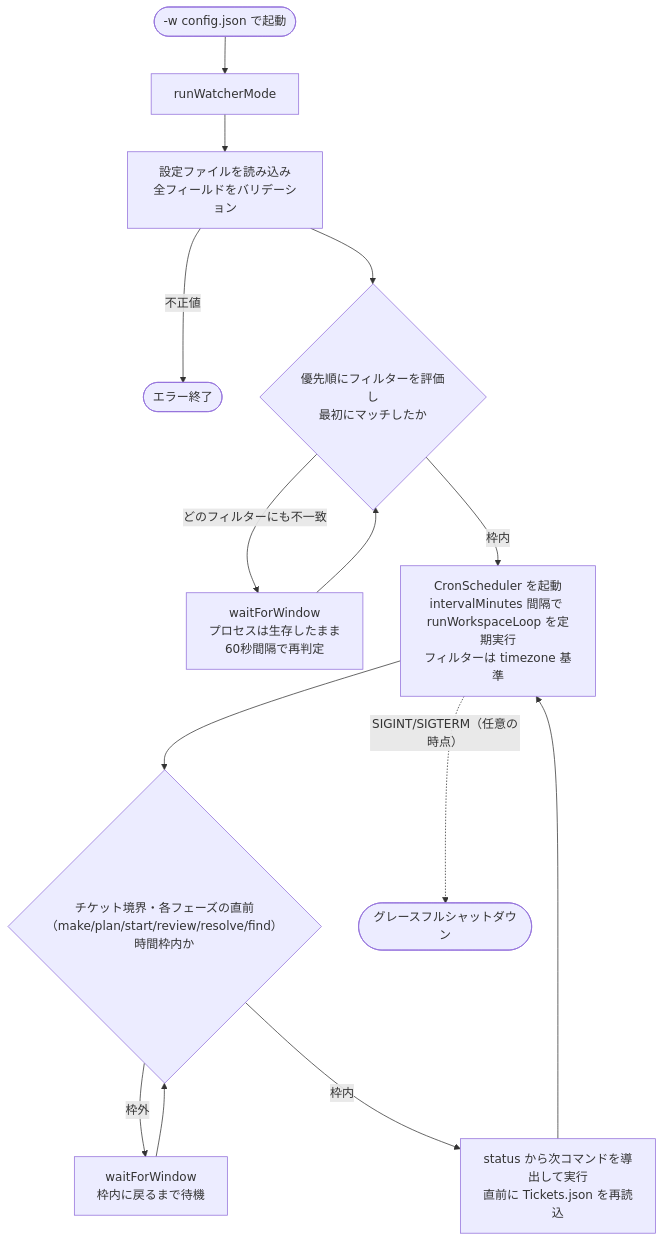
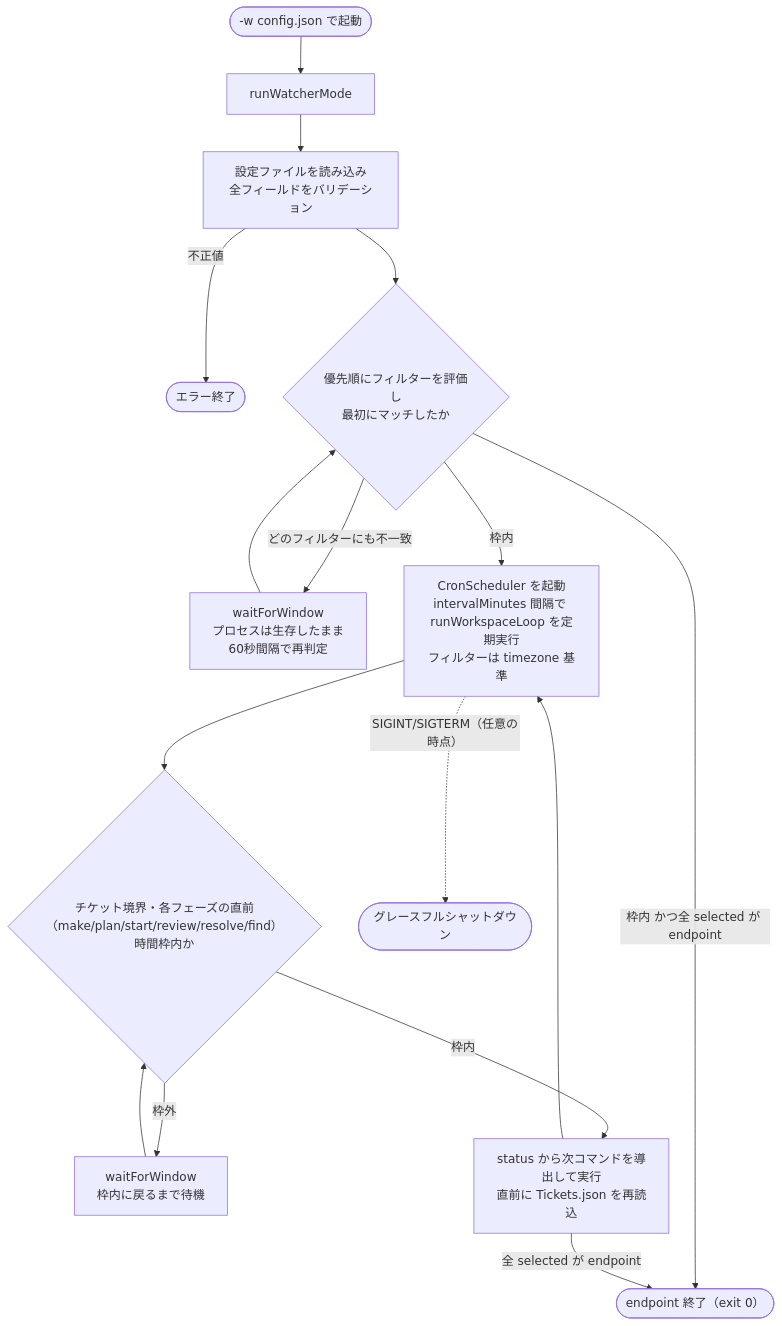
The fourth of 6 diagrams in tools/conver/README.md (t-kawata/zasso), drawn with Mermaid before and after one commit. The commit also changed other lines of this file and 16 other files, not shown here.

````diff
--- a/tools/conver/README.md
+++ b/tools/conver/README.md
@@ -657,16 +657,18 @@
 ```mermaid
 flowchart TD
     START(["-w config.json で起動"]) --> WATCH["runWatcherMode"]
     WATCH --> VALIDATE["設定ファイルを読み込み<br/>全フィールドをバリデーション"]
     VALIDATE -->|不正値| ERROR(["エラー終了"])
     VALIDATE --> WINDOW{"優先順にフィルターを評価し<br/>最初にマッチしたか"}
     WINDOW -->|どのフィルターにも不一致| WAIT["waitForWindow<br/>プロセスは生存したまま<br/>60秒間隔で再判定"]
     WAIT --> WINDOW
+    WINDOW -->|枠内 かつ全 selected が endpoint| ENDPOINT(["endpoint 終了（exit 0）"])
     WINDOW -->|枠内| CRON["CronScheduler を起動<br/>intervalMinutes 間隔で runWorkspaceLoop を定期実行<br/>フィルターは timezone 基準"]
     CRON --> CHECK{"チケット境界・各フェーズの直前<br/>（make/plan/start/review/resolve/find）<br/>時間枠内か"}
     CHECK -->|枠外| WAIT_PHASE["waitForWindow<br/>枠内に戻るまで待機"]
     WAIT_PHASE --> CHECK
     CHECK -->|枠内| RUN["status から次コマンドを導出して実行<br/>直前に Tickets.json を再読込"]
+    RUN -->|全 selected が endpoint| ENDPOINT
     RUN --> CRON
     CRON -.->|SIGINT/SIGTERM（任意の時点）| STOP(["グレースフルシャットダウン"])
 ```
````
